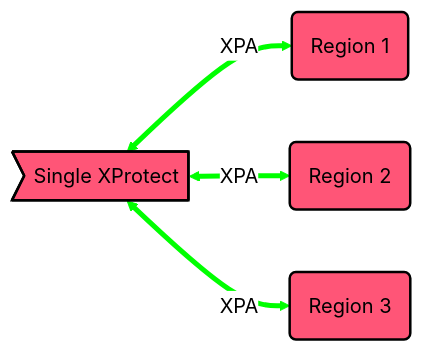
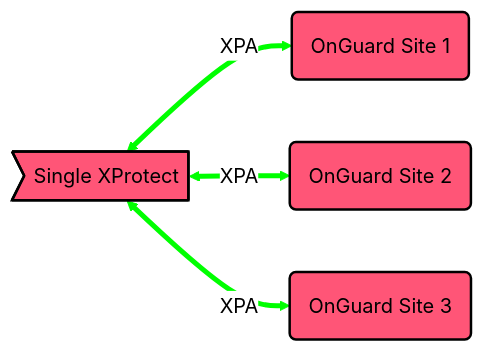
One commit to mjt-milestone/XPALenelS2DocSite changed the second of 3 diagrams in docs/Plan/Federated.md. Above: the diagram before and after it, drawn with Mermaid (neutral theme). The commit also changed other lines of this file, not shown here.

Commit message:
Region to Site - Fed no/nos

````diff
--- a/docs/Plan/Federated.md
+++ b/docs/Plan/Federated.md
@@ -35,10 +35,10 @@
     ```mermaid
     flowchart LR
 
-        A>Single XProtect]:::XPClass <-->|XPA| B(Region 1):::XPClass
-        A <-->|XPA| C(Region 2):::XPClass
-        A <-->|XPA| D(Region 3):::XPClass
+        A>Single XProtect]:::XPClass <-->|XPA| B(OnGuard Site 1):::XPClass
+        A <-->|XPA| C(OnGuard Site 2):::XPClass
+        A <-->|XPA| D(OnGuard Site 3):::XPClass
     
         linkStyle default stroke:#0f0,stroke-width:4px
         classDef XPClass fill:#f57, stroke:#000, stroke-width:2px
     ```
````
